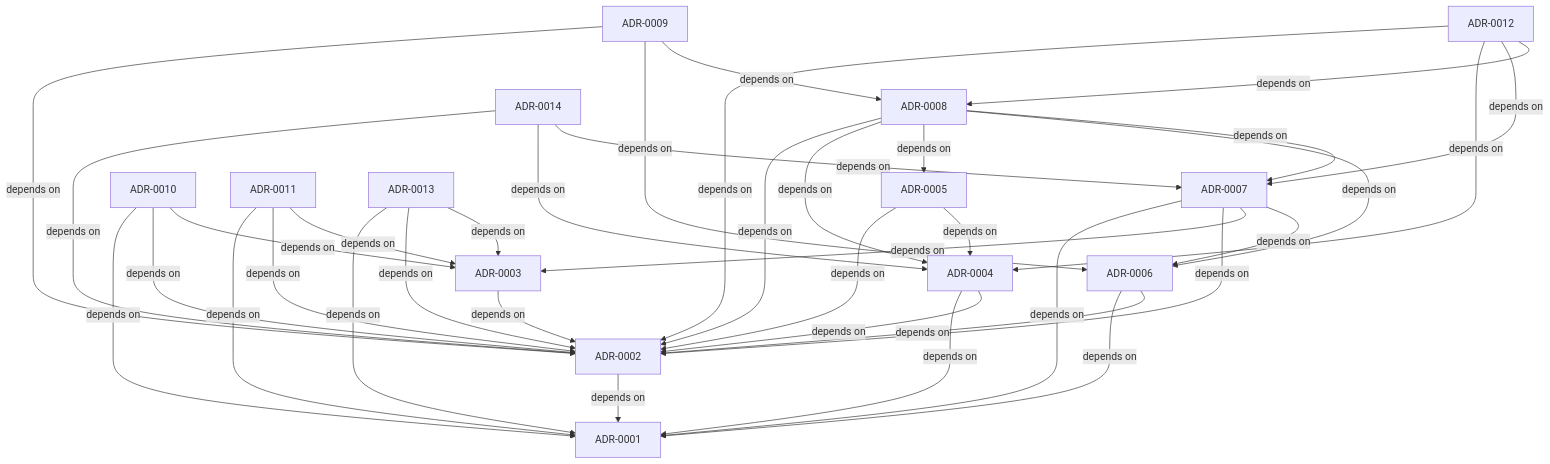
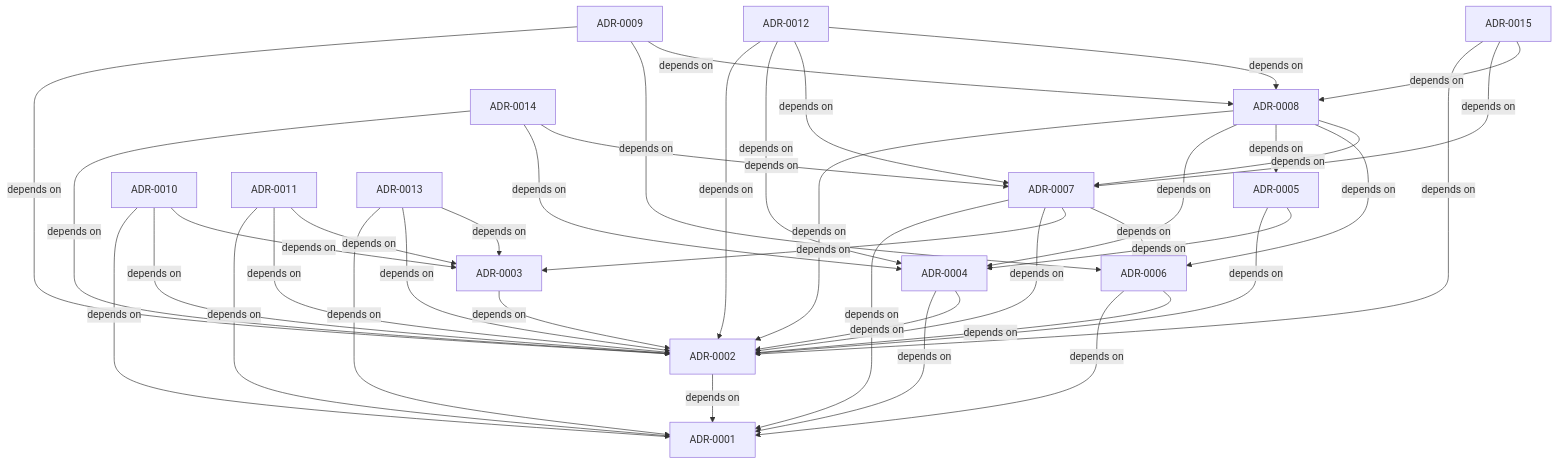
One commit to rudycelekli/kin-connect changed the diagram in docs/decisions.md. Above: the diagram before and after it, drawn with Mermaid. The commit also changed other lines of this file and 15 other files, not shown here.

````diff
--- a/docs/decisions.md
+++ b/docs/decisions.md
@@ -24,53 +25,57 @@
 ```mermaid
 graph TD
   ADR_0001["ADR-0001"]
   ADR_0002["ADR-0002"]
   ADR_0003["ADR-0003"]
   ADR_0004["ADR-0004"]
   ADR_0005["ADR-0005"]
   ADR_0006["ADR-0006"]
   ADR_0007["ADR-0007"]
   ADR_0008["ADR-0008"]
   ADR_0009["ADR-0009"]
   ADR_0010["ADR-0010"]
   ADR_0011["ADR-0011"]
   ADR_0012["ADR-0012"]
   ADR_0013["ADR-0013"]
   ADR_0014["ADR-0014"]
+  ADR_0015["ADR-0015"]
   ADR_0002 -->|depends on| ADR_0001
   ADR_0003 -->|depends on| ADR_0002
   ADR_0004 -->|depends on| ADR_0001
   ADR_0004 -->|depends on| ADR_0002
   ADR_0005 -->|depends on| ADR_0002
   ADR_0005 -->|depends on| ADR_0004
   ADR_0006 -->|depends on| ADR_0001
   ADR_0006 -->|depends on| ADR_0002
   ADR_0007 -->|depends on| ADR_0001
   ADR_0007 -->|depends on| ADR_0002
   ADR_0007 -->|depends on| ADR_0003
   ADR_0007 -->|depends on| ADR_0006
   ADR_0008 -->|depends on| ADR_0002
   ADR_0008 -->|depends on| ADR_0004
   ADR_0008 -->|depends on| ADR_0005
   ADR_0008 -->|depends on| ADR_0006
   ADR_0008 -->|depends on| ADR_0007
   ADR_0009 -->|depends on| ADR_0002
   ADR_0009 -->|depends on| ADR_0006
   ADR_0009 -->|depends on| ADR_0008
   ADR_0010 -->|depends on| ADR_0001
   ADR_0010 -->|depends on| ADR_0002
   ADR_0010 -->|depends on| ADR_0003
   ADR_0011 -->|depends on| ADR_0001
   ADR_0011 -->|depends on| ADR_0002
   ADR_0011 -->|depends on| ADR_0003
   ADR_0012 -->|depends on| ADR_0002
   ADR_0012 -->|depends on| ADR_0004
   ADR_0012 -->|depends on| ADR_0007
   ADR_0012 -->|depends on| ADR_0008
   ADR_0013 -->|depends on| ADR_0001
   ADR_0013 -->|depends on| ADR_0002
   ADR_0013 -->|depends on| ADR_0003
   ADR_0014 -->|depends on| ADR_0002
   ADR_0014 -->|depends on| ADR_0004
   ADR_0014 -->|depends on| ADR_0007
+  ADR_0015 -->|depends on| ADR_0002
+  ADR_0015 -->|depends on| ADR_0007
+  ADR_0015 -->|depends on| ADR_0008
 ```
````
